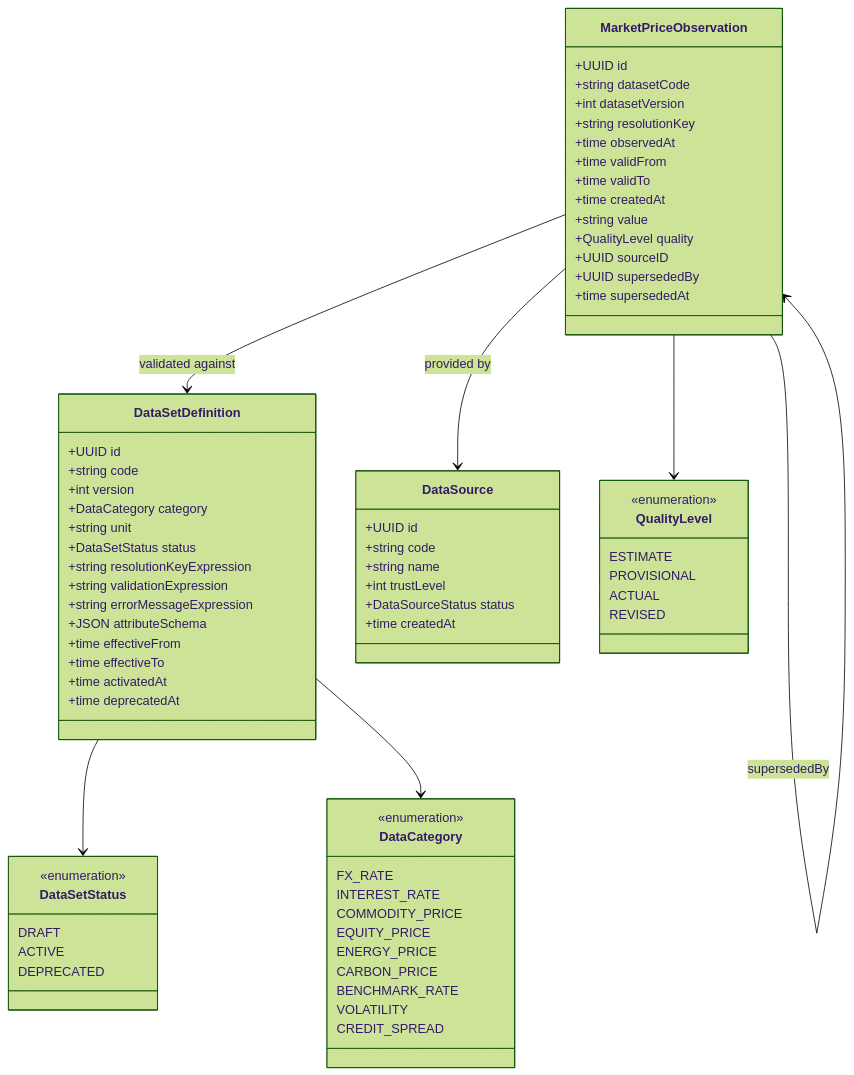
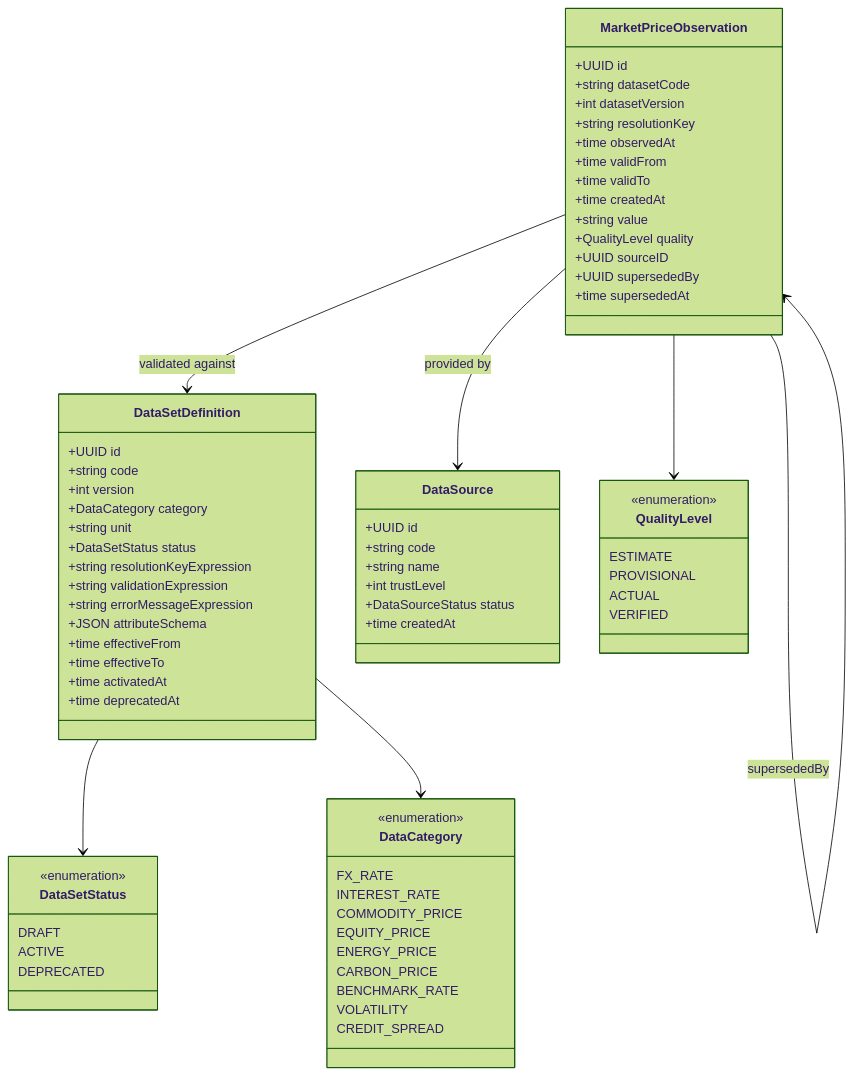
Before and after one commit to meridianhub/meridian: the diagram in services/market-information/README.md, drawn with Mermaid (forest theme). The commit also changed other lines of this file and 6 other files, not shown here.

````diff
--- a/services/market-information/README.md
+++ b/services/market-information/README.md
@@ -69,79 +72,79 @@
 ```mermaid
 classDiagram
     class DataSetDefinition {
         +UUID id
         +string code
         +int version
         +DataCategory category
         +string unit
         +DataSetStatus status
         +string resolutionKeyExpression
         +string validationExpression
         +string errorMessageExpression
         +JSON attributeSchema
         +time effectiveFrom
         +time effectiveTo
         +time activatedAt
         +time deprecatedAt
     }
 
     class MarketPriceObservation {
         +UUID id
         +string datasetCode
         +int datasetVersion
         +string resolutionKey
         +time observedAt
         +time validFrom
         +time validTo
         +time createdAt
         +string value
         +QualityLevel quality
         +UUID sourceID
         +UUID supersededBy
         +time supersededAt
     }
 
     class DataSource {
         +UUID id
         +string code
         +string name
         +int trustLevel
         +DataSourceStatus status
         +time createdAt
     }
 
     class QualityLevel {
         <<enumeration>>
         ESTIMATE
         PROVISIONAL
         ACTUAL
-        REVISED
+        VERIFIED
     }
 
     class DataSetStatus {
         <<enumeration>>
         DRAFT
         ACTIVE
         DEPRECATED
     }
 
     class DataCategory {
         <<enumeration>>
         FX_RATE
         INTEREST_RATE
         COMMODITY_PRICE
         EQUITY_PRICE
         ENERGY_PRICE
         CARBON_PRICE
         BENCHMARK_RATE
         VOLATILITY
         CREDIT_SPREAD
     }
 
     DataSetDefinition --> DataSetStatus
     DataSetDefinition --> DataCategory
     MarketPriceObservation --> QualityLevel
     MarketPriceObservation --> DataSource : provided by
     MarketPriceObservation --> DataSetDefinition : validated against
     MarketPriceObservation --> MarketPriceObservation : supersededBy
 ```
````
